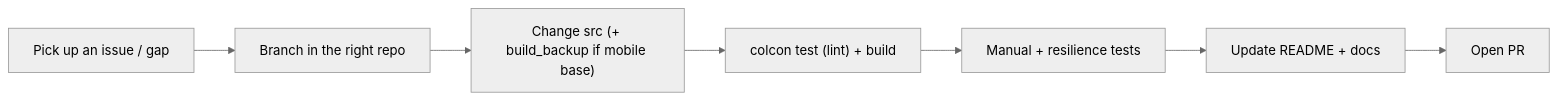
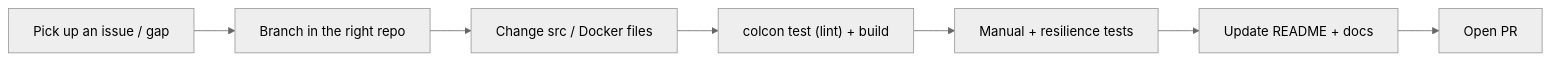
Before and after one commit to cmu-impactlab/patrolbot: the diagram in docs/contributing/contributing.md, drawn with Mermaid (neutral theme). The commit also changed other lines of this file and 41 other files, not shown here.

````diff
--- a/docs/contributing/contributing.md
+++ b/docs/contributing/contributing.md
@@ -34,9 +34,9 @@
 ```mermaid
 flowchart LR
     A["Pick up an issue / gap"] --> B["Branch in the right repo"]
-    B --> C["Change src (+ build_backup if mobile base)"]
+    B --> C["Change src / Docker files"]
     C --> D["colcon test (lint) + build"]
     D --> E["Manual + resilience tests"]
     E --> F["Update README + docs"]
     F --> G["Open PR"]
 ```
````
